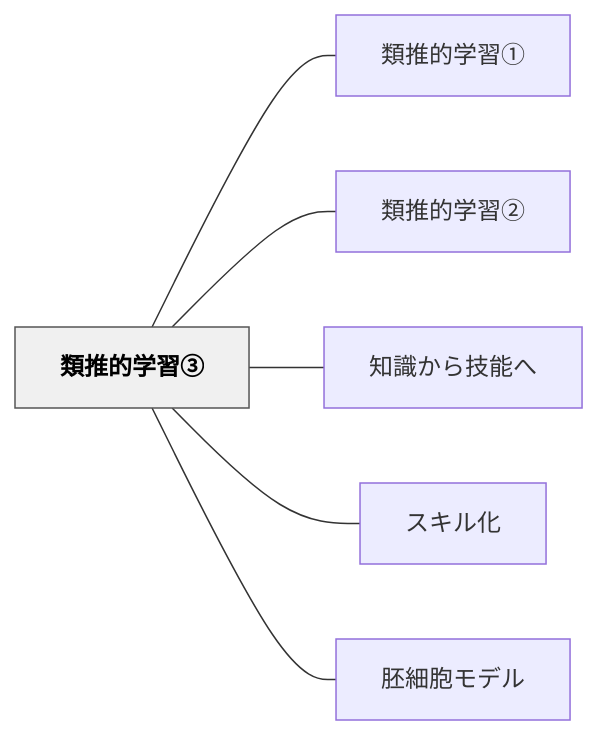
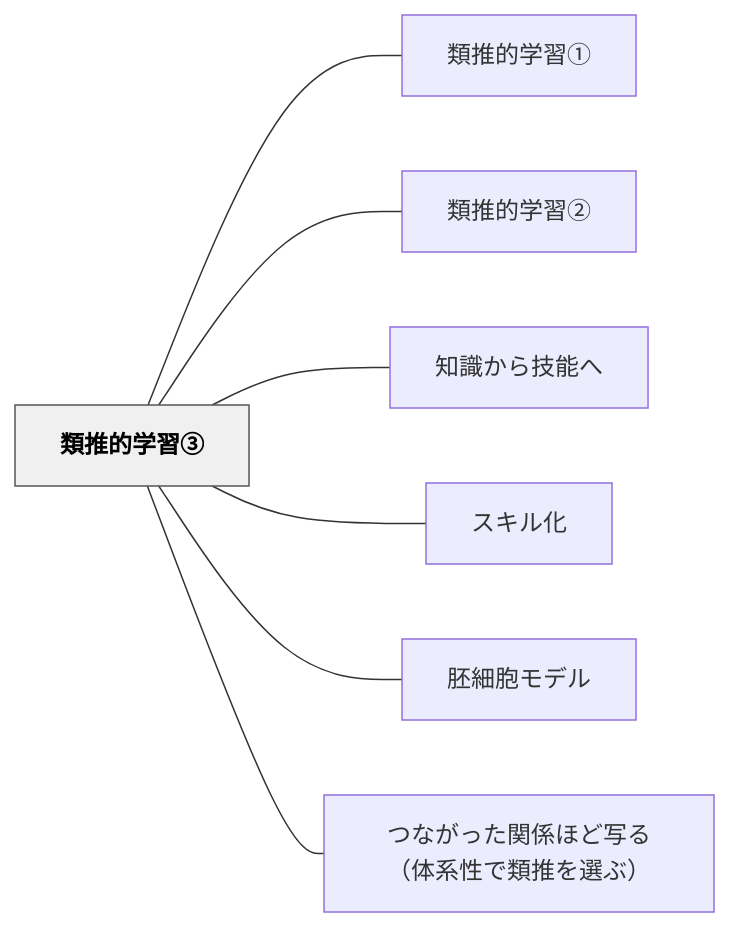
The diagram in content/パタン/類推的学習③.md (unknownthings-ed-patterns/unknownthings-ed-patterns), drawn with Mermaid before and after one commit. The commit also changed other lines of this file and 15 other files, not shown here.

````diff
--- a/content/パタン/類推的学習③.md
+++ b/content/パタン/類推的学習③.md
@@ -99,18 +101,20 @@
 ```mermaid
 flowchart LR
     ne9a19ee68ea8e79a84e5ada6e7bf92e291a2["類推的学習③"]
     ne9a19ee68ea8e79a84e5ada6e7bf92e291a0["類推的学習①"]
     ne9a19ee68ea8e79a84e5ada6e7bf92e291a1["類推的学習②"]
     ne79fa5e8ad98e3818be38289e68a80e883bde381b8["知識から技能へ"]
     ne382b9e382ade383abe58c96["スキル化"]
     ne8839ae7b4b0e8839ee383a2e38387e383ab["胚細胞モデル"]
+    ne381a4e381aae3818ce381a3e3819fe996a2e4bf82e381bbe381a9e58699e3828befbc88e4bd93e7b3bbe680a7e381a7e9a19ee68ea8e38292e981b8e381b6efbc89["つながった関係ほど写る（体系性で類推を選ぶ）"]
 
     ne9a19ee68ea8e79a84e5ada6e7bf92e291a2 --- ne9a19ee68ea8e79a84e5ada6e7bf92e291a0
     ne9a19ee68ea8e79a84e5ada6e7bf92e291a2 --- ne9a19ee68ea8e79a84e5ada6e7bf92e291a1
     ne9a19ee68ea8e79a84e5ada6e7bf92e291a2 --- ne79fa5e8ad98e3818be38289e68a80e883bde381b8
     ne9a19ee68ea8e79a84e5ada6e7bf92e291a2 --- ne382b9e382ade383abe58c96
     ne9a19ee68ea8e79a84e5ada6e7bf92e291a2 --- ne8839ae7b4b0e8839ee383a2e38387e383ab
+    ne9a19ee68ea8e79a84e5ada6e7bf92e291a2 --- ne381a4e381aae3818ce381a3e3819fe996a2e4bf82e381bbe381a9e58699e3828befbc88e4bd93e7b3bbe680a7e381a7e9a19ee68ea8e38292e981b8e381b6efbc89
 
     classDef hub fill:#f0f0f0,stroke:#555,color:#000,font-weight:bold
     class ne9a19ee68ea8e79a84e5ada6e7bf92e291a2 hub
 ```
````
